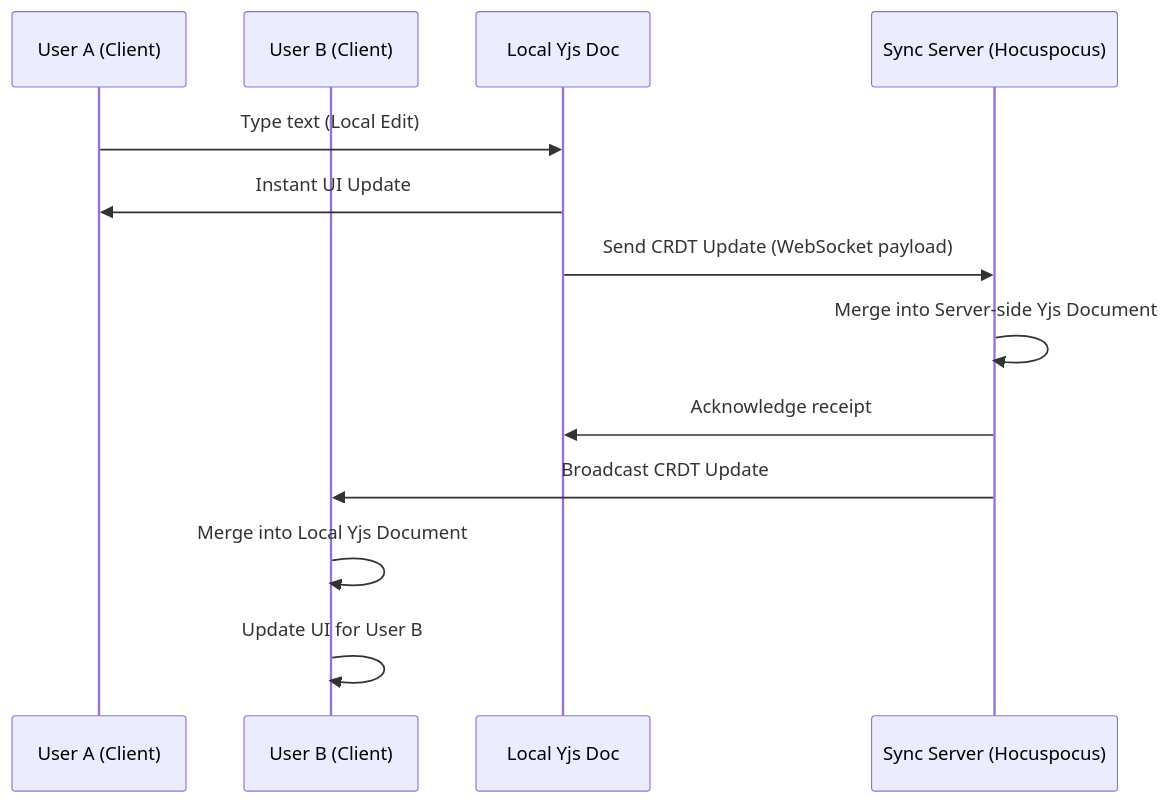
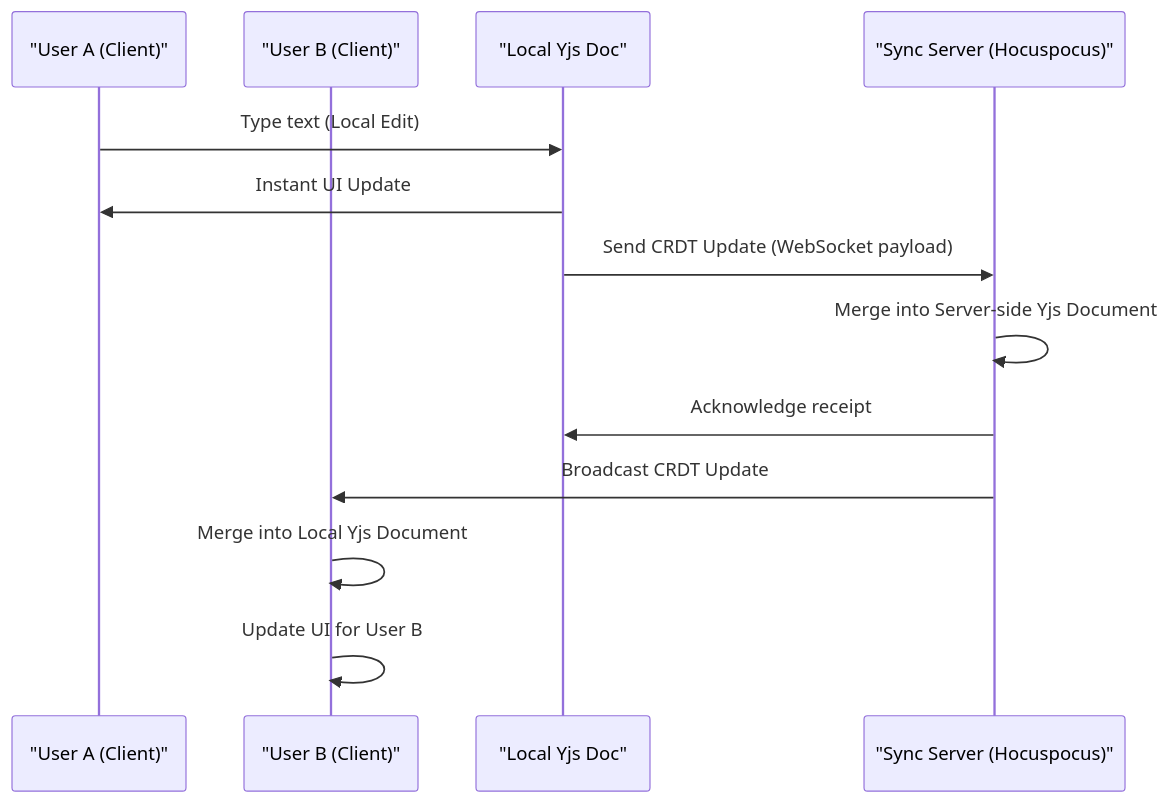
One commit to Panchadip-128/Syncpad-Distributed-State-Synchronization-Engine changed the second of 4 diagrams in README.md. Above: the diagram before and after it, drawn with Mermaid. The commit also changed other lines of this file, not shown here.

Commit message:
docs: fix mermaid parse errors on github

````diff
--- a/README.md
+++ b/README.md
@@ -67,16 +67,16 @@
 ```mermaid
 sequenceDiagram
-    participant U1 as User A (Client)
-    participant U2 as User B (Client)
-    participant Y as Local Yjs Doc
-    participant S as Sync Server (Hocuspocus)
+    participant U1 as "User A (Client)"
+    participant U2 as "User B (Client)"
+    participant Y as "Local Yjs Doc"
+    participant S as "Sync Server (Hocuspocus)"
     
     U1->>Y: Type text (Local Edit)
     Y->>U1: Instant UI Update
     Y->>S: Send CRDT Update (WebSocket payload)
     S->>S: Merge into Server-side Yjs Document
     S->>Y: Acknowledge receipt
     S->>U2: Broadcast CRDT Update
     U2->>U2: Merge into Local Yjs Document
     U2->>U2: Update UI for User B
 ```
````
